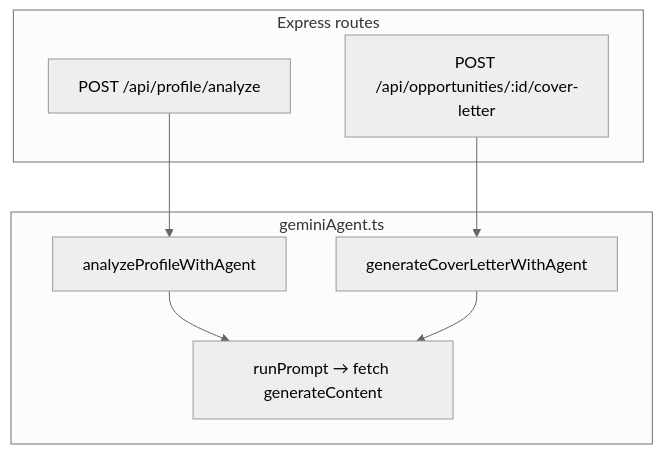
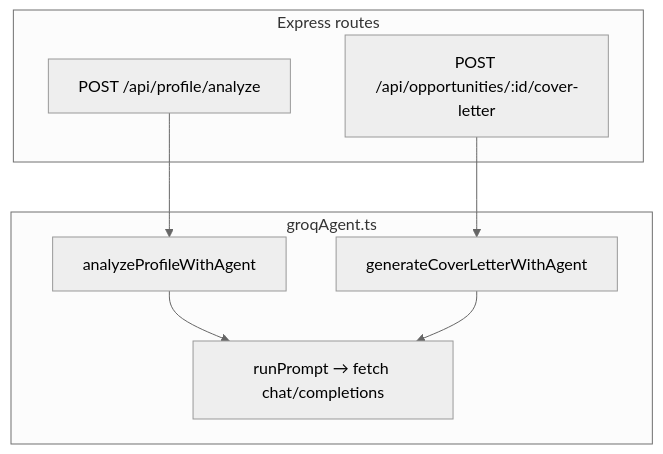
One commit to yohannesdawit21/OpportunityAgent changed the fourth of 4 diagrams in SYSTEM.md. Above: the diagram before and after it, drawn with Mermaid (neutral theme). The commit also changed other lines of this file and 18 other files, not shown here.

First line of the commit message:
feat: migrate from Gemini API to Groq for profile analysis and cover letters

````diff
--- a/SYSTEM.md
+++ b/SYSTEM.md
@@ -264,14 +261,14 @@
 ```mermaid
 flowchart TB
   subgraph routes [Express routes]
     P[POST /api/profile/analyze]
     C[POST /api/opportunities/:id/cover-letter]
   end
-  subgraph geminiAgent [geminiAgent.ts]
+  subgraph groqAgent [groqAgent.ts]
     A[analyzeProfileWithAgent]
     G[generateCoverLetterWithAgent]
-    R[runPrompt → fetch generateContent]
+    R[runPrompt → fetch chat/completions]
   end
   P --> A --> R
   C --> G --> R
 ```
````
